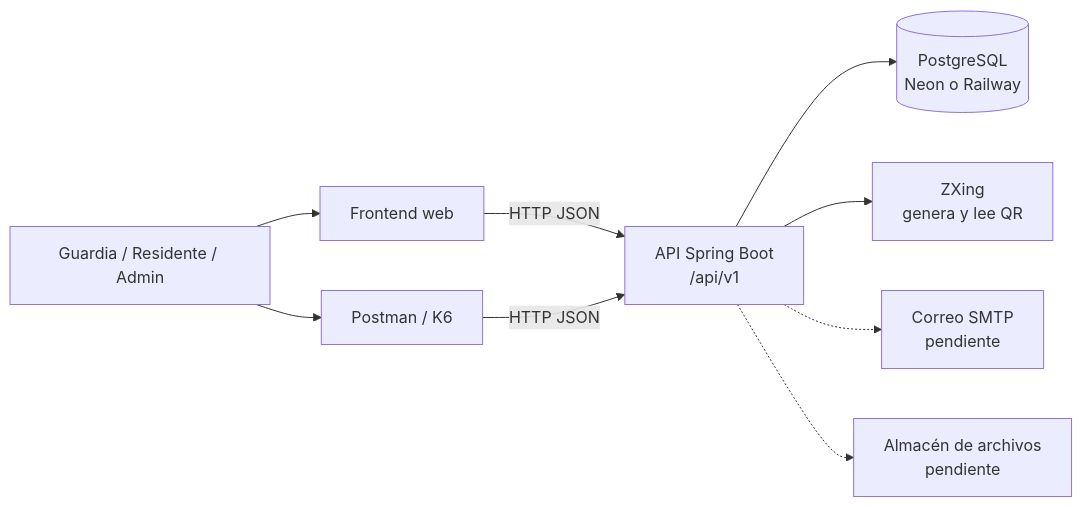
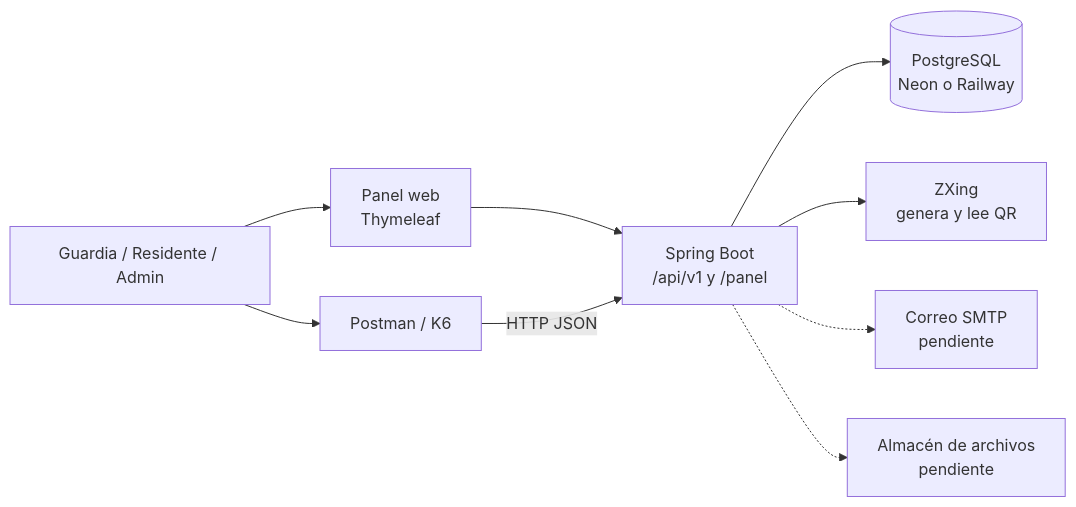
One commit to UJefte/Proyecto-Avance-1 changed the first of 3 diagrams in README.md. Above: the diagram before and after it, drawn with Mermaid. The commit also changed other lines of this file and 15 other files, not shown here.

First line of the commit message:
Panel web con Thymeleaf: inicio, residentes, pases QR, caseta y bitacora

````diff
--- a/README.md
+++ b/README.md
@@ -24,11 +25,11 @@
 ```mermaid
 flowchart LR
-    U[Guardia / Residente / Admin] --> F[Frontend web]
+    U[Guardia / Residente / Admin] --> F[Panel web<br/>Thymeleaf]
     U --> P[Postman / K6]
-    F -->|HTTP JSON| API[API Spring Boot<br/>/api/v1]
+    F --> API[Spring Boot<br/>/api/v1 y /panel]
     P -->|HTTP JSON| API
     API --> DB[(PostgreSQL<br/>Neon o Railway)]
     API --> QR[ZXing<br/>genera y lee QR]
     API -.-> MAIL[Correo SMTP<br/>pendiente]
     API -.-> ARCH[Almacén de archivos<br/>pendiente]
 ```
````
